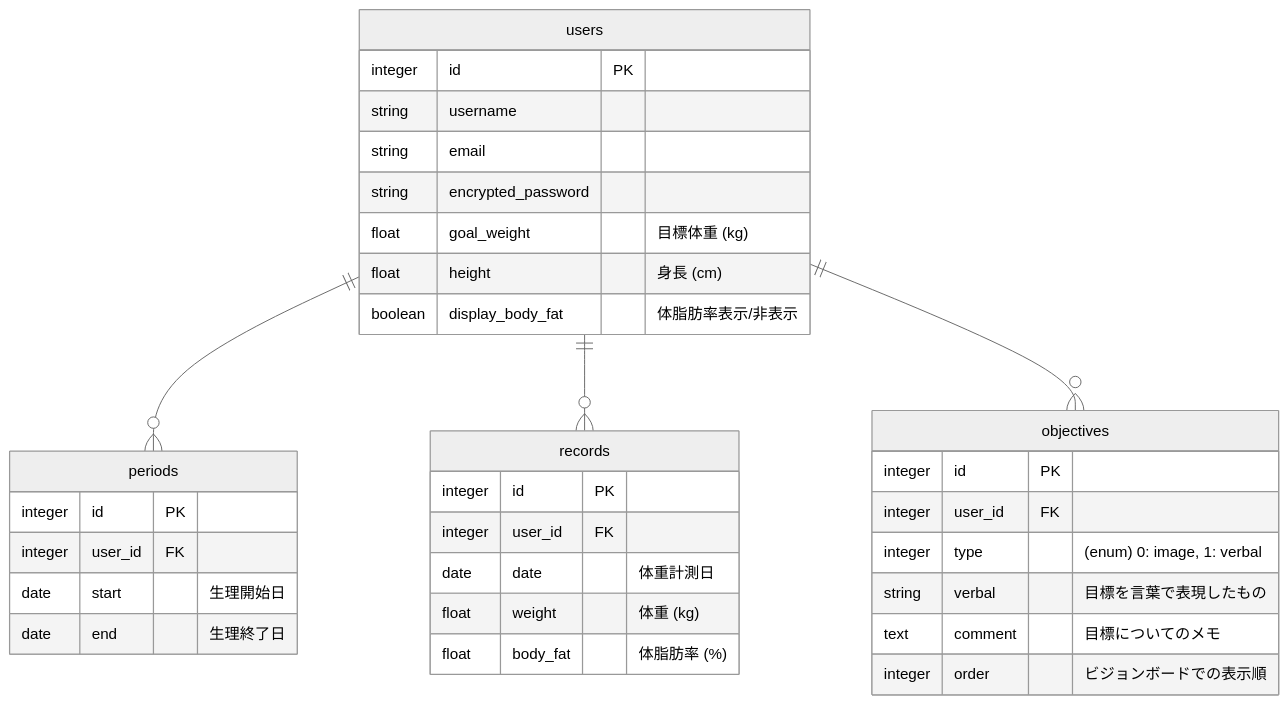
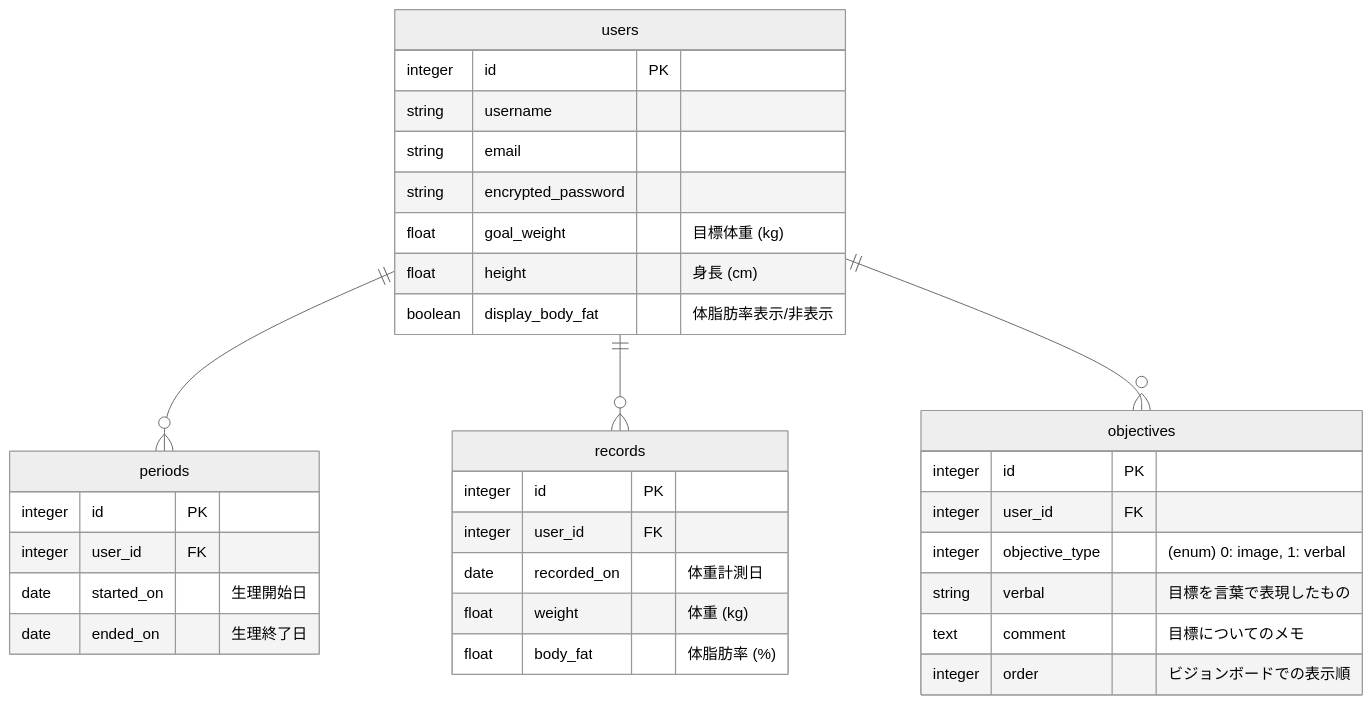
One commit to sarii0213/kiwi_power changed the diagram in README.md. Above: the diagram before and after it, drawn with Mermaid (neutral theme).

````diff
--- a/README.md
+++ b/README.md
@@ -5,41 +5,41 @@
 ```mermaid
 erDiagram
 
 users ||--o{ periods : ""
 users ||--o{ records : ""
 users ||--o{ objectives : ""
 
 users {
 integer id PK
 string username
 string email
 string encrypted_password
 float goal_weight "目標体重 (kg)"
 float height "身長 (cm)"
 boolean display_body_fat "体脂肪率表示/非表示"
 }
 
 periods {
 integer id PK
 integer user_id FK
-date start "生理開始日"
-date end "生理終了日"
+date started_on "生理開始日"
+date ended_on "生理終了日"
 }
 
 records {
 integer id PK
 integer user_id FK
-date date "体重計測日"
+date recorded_on "体重計測日"
 float weight "体重 (kg)"
 float body_fat "体脂肪率 (%)"
 }
 
 objectives {
 integer id PK
 integer user_id FK
-integer type "(enum) 0: image, 1: verbal"
+integer objective_type "(enum) 0: image, 1: verbal"
 string verbal "目標を言葉で表現したもの"
 text comment "目標についてのメモ"
 integer order "ビジョンボードでの表示順"
 }
 ```
````
